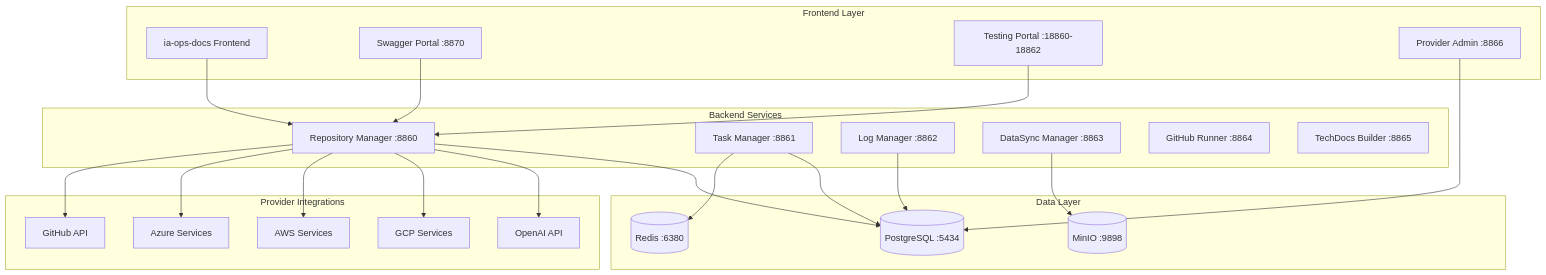
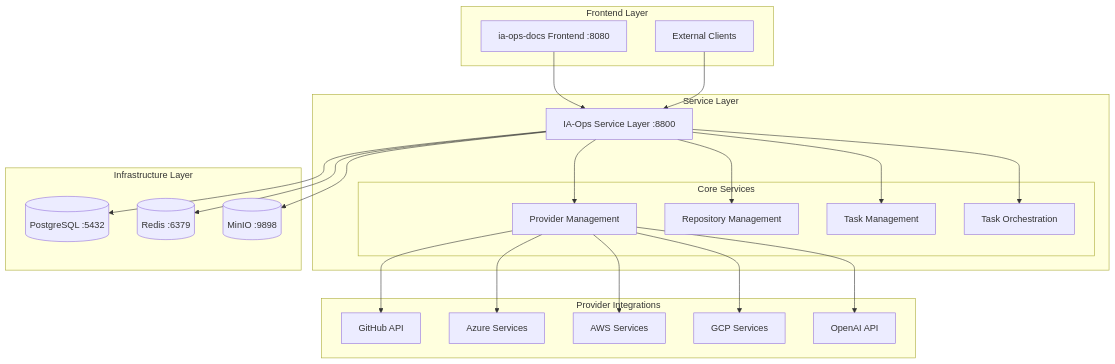
One commit to giovanemere/ia-ops-dev-core changed the diagram in README.md. Above: the diagram before and after it, drawn with Mermaid. The commit also changed other lines of this file and 52 other files, not shown here.

First line of the commit message:
feat: Complete Service Layer migration and documentation update

````diff
--- a/README.md
+++ b/README.md
@@ -7,47 +7,46 @@
 ```mermaid
 graph TB
     subgraph "Frontend Layer"
-        FE[ia-ops-docs Frontend]
-        SP[Swagger Portal :8870]
-        TP[Testing Portal :18860-18862]
-        PA[Provider Admin :8866]
+        FE[ia-ops-docs Frontend :8080]
+        EXT[External Clients]
     end
     
-    subgraph "Backend Services"
-        RM[Repository Manager :8860]
-        TM[Task Manager :8861] 
-        LM[Log Manager :8862]
-        DS[DataSync Manager :8863]
-        GR[GitHub Runner :8864]
-        TD[TechDocs Builder :8865]
+    subgraph "Service Layer"
+        SL[IA-Ops Service Layer :8800]
+        subgraph "Core Services"
+            PM[Provider Management]
+            RM[Repository Management] 
+            TM[Task Management]
+            TO[Task Orchestration]
+        end
     end
     
     subgraph "Provider Integrations"
         GH[GitHub API]
         AZ[Azure Services]
         AWS[AWS Services]
         GCP[GCP Services]
         AI[OpenAI API]
     end
     
-    subgraph "Data Layer"
-        PG[(PostgreSQL :5434)]
-        RD[(Redis :6380)]
+    subgraph "Infrastructure Layer"
+        PG[(PostgreSQL :5432)]
+        RD[(Redis :6379)]
         MN[(MinIO :9898)]
     end
     
-    FE --> RM
-    SP --> RM
-    TP --> RM
-    PA --> PG
-    RM --> GH
-    RM --> AZ
-    RM --> AWS
-    RM --> GCP
-    RM --> AI
-    RM --> PG
-    TM --> RD
-    TM --> PG
-    LM --> PG
-    DS --> MN
+    FE --> SL
+    EXT --> SL
+    SL --> PM
+    SL --> RM
+    SL --> TM
+    SL --> TO
+    PM --> GH
+    PM --> AZ
+    PM --> AWS
+    PM --> GCP
+    PM --> AI
+    SL --> PG
+    SL --> RD
+    SL --> MN
 ```
````
